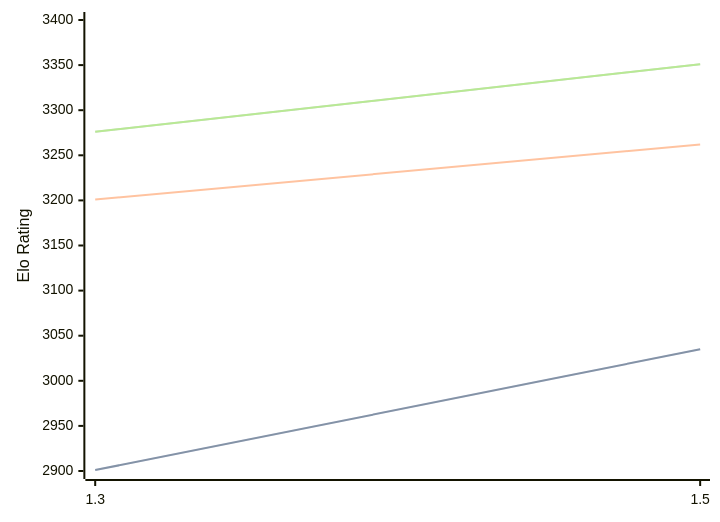
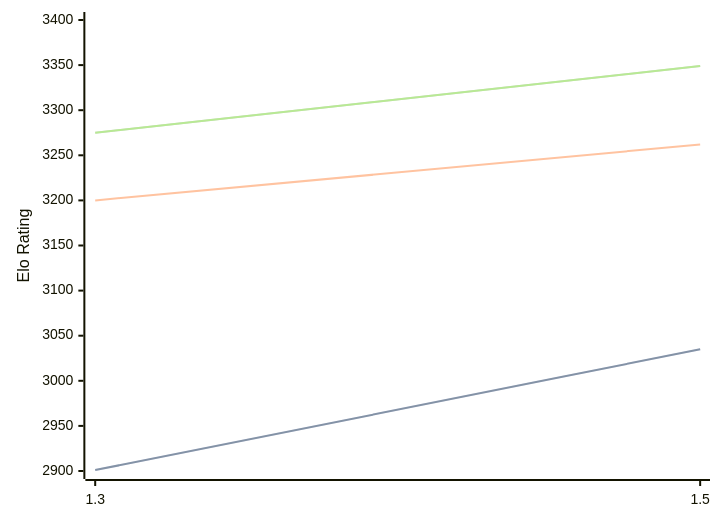
The diagram in engines/Lambergar.md (computer-chess-index/cci), drawn with Mermaid before and after one commit. The commit also changed other lines of this file, not shown here.

Commit message:
Update CCI Ratings (ELO VLTC) - 2026-07-27

````diff
--- a/engines/Lambergar.md
+++ b/engines/Lambergar.md
@@ -44,11 +44,11 @@
 ```mermaid
 %%{init: {"theme":"base","themeVariables":{"seriesColors:['#a3a3a3','#222221','#faa371']}}}%%
 xychart-beta
   x-axis ["1.3", "1.5"]
   y-axis "Elo Rating" 2900 --> 3400
   line "STC (8.0+0.08s)" [2901, 3035]
   line "STC (8.0+0.08s)" [2901, 3035]
-  line "LTC (60.0+0.60s)" [3201, 3262]
-  line "VLTC (2m24s+1.12s)" [3276, 3351]
-  line "VLTC (2m24s+1.12s)" [3276, 3351]
+  line "LTC (60.0+0.60s)" [3200, 3262]
+  line "VLTC (2m24s+1.12s)" [3275, 3349]
+  line "VLTC (2m24s+1.12s)" [3275, 3349]
 ```
````
